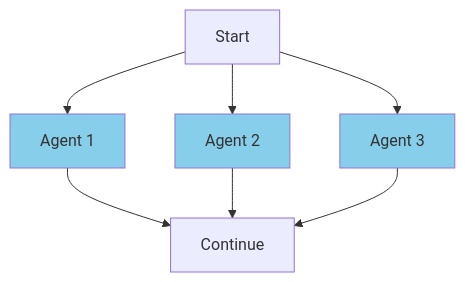
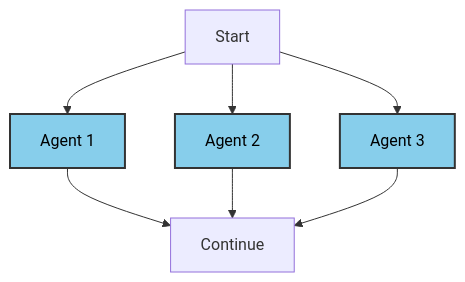
One commit to quarkusio/quarkus-workshop-langchain4j changed the second of 6 diagrams in docs/docs/section-2/step-02.md. Above: the diagram before and after it, drawn with Mermaid. The commit also changed other lines of this file and 6 other files, not shown here.

Commit message:
update docs for better flow, and fix diagrams (#301)

````diff
--- a/docs/docs/section-2/step-02.md
+++ b/docs/docs/section-2/step-02.md
@@ -72,12 +72,12 @@
 ```mermaid
 graph TD
-    Start[Start] --> A[Agent 1]
-    Start --> B[Agent 2]
-    Start --> C[Agent 3]
-    A --> End[Continue]
+    Start["Start"] --> A["Agent 1"]
+    Start --> B["Agent 2"]
+    Start --> C["Agent 3"]
+    A --> End["Continue"]
     B --> End
     C --> End
-    style A fill:#87CEEB
-    style B fill:#87CEEB
-    style C fill:#87CEEB
+    style A fill:#87CEEB,stroke:#333,stroke-width:2,color:#000
+    style B fill:#87CEEB,stroke:#333,stroke-width:2,color:#000
+    style C fill:#87CEEB,stroke:#333,stroke-width:2,color:#000
 ```
````
